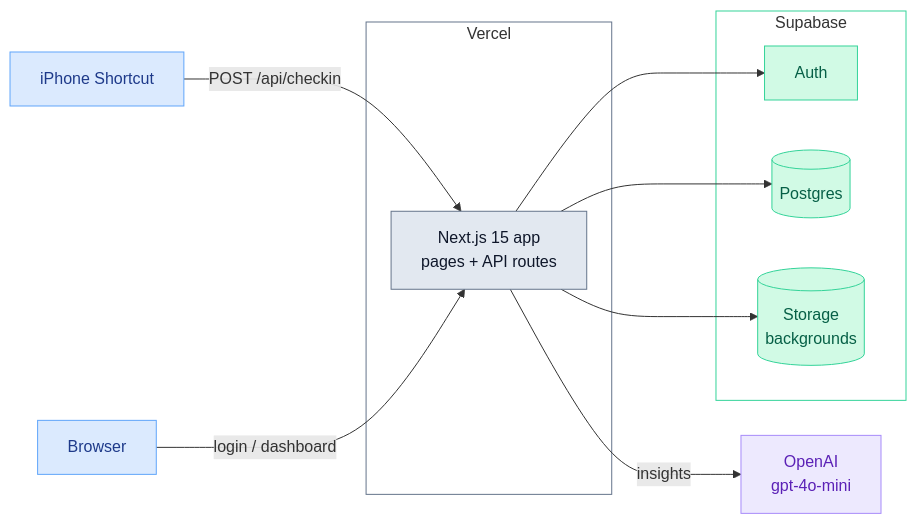
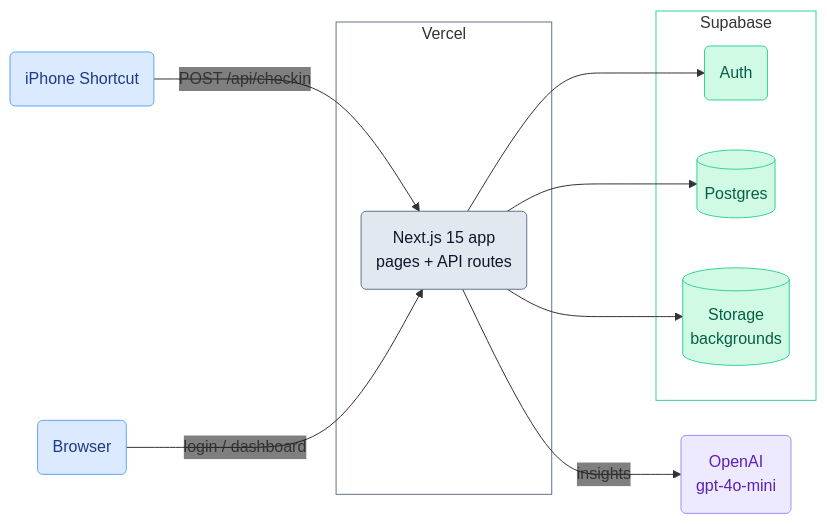
The first of 2 diagrams in README.md (dhu2022-dev/mental-health-checkin), drawn with Mermaid before and after one commit. The commit also changed other lines of this file, not shown here.

Commit message:
Style fix for readme diagram

````diff
--- a/README.md
+++ b/README.md
@@ -9,33 +9,34 @@
 ```mermaid
+%%{init: {"themeVariables": {"edgeLabelBackground": "transparent"}}}%%
 flowchart LR
-    shortcut["iPhone Shortcut"] -->|"POST /api/checkin"| app
-    browser["Browser"] -->|"login / dashboard"| app
+    shortcut("iPhone Shortcut") -->|"POST /api/checkin"| app
+    browser("Browser") -->|"login / dashboard"| app
 
     subgraph vercel["Vercel"]
-        app["Next.js 15 app<br/>pages + API routes"]
+        app("Next.js 15 app<br/>pages + API routes")
     end
 
     subgraph supabase["Supabase"]
-        auth["Auth"]
+        auth("Auth")
         db[("Postgres")]
         bucket[("Storage<br/>backgrounds")]
     end
 
     app --> auth
     app --> db
     app --> bucket
-    app -->|"insights"| openai["OpenAI<br/>gpt-4o-mini"]
+    app -->|"insights"| openai("OpenAI<br/>gpt-4o-mini")
 
     classDef client fill:#dbeafe,stroke:#60a5fa,color:#1e3a8a
     classDef app fill:#e2e8f0,stroke:#64748b,color:#0f172a
     classDef supa fill:#d1fae5,stroke:#34d399,color:#065f46
     classDef ai fill:#ede9fe,stroke:#a78bfa,color:#5b21b6
 
     class shortcut,browser client
     class app app
     class auth,db,bucket supa
     class openai ai
 
     style vercel fill:none,stroke:#64748b
     style supabase fill:none,stroke:#34d399
 ```
````
